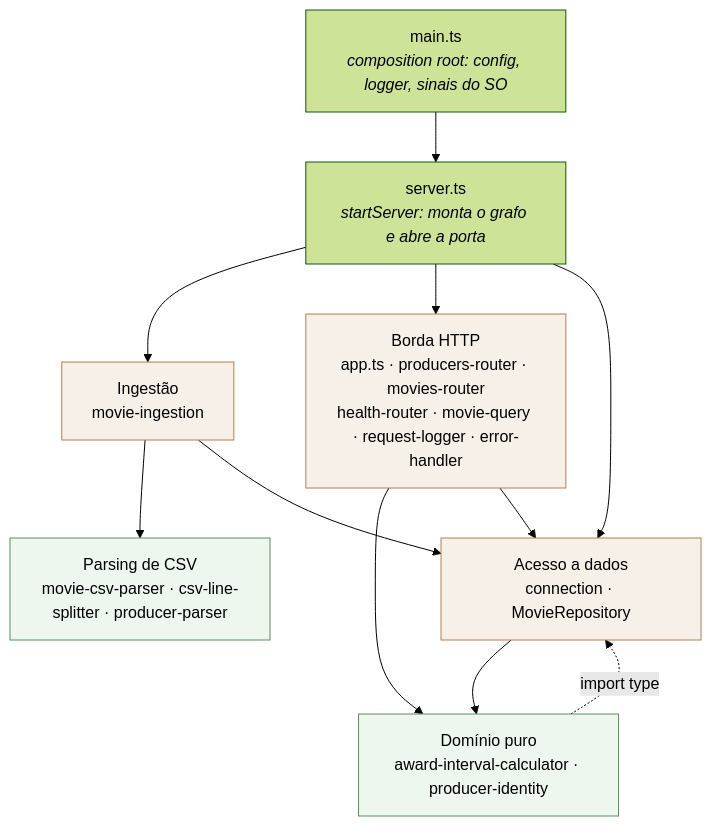
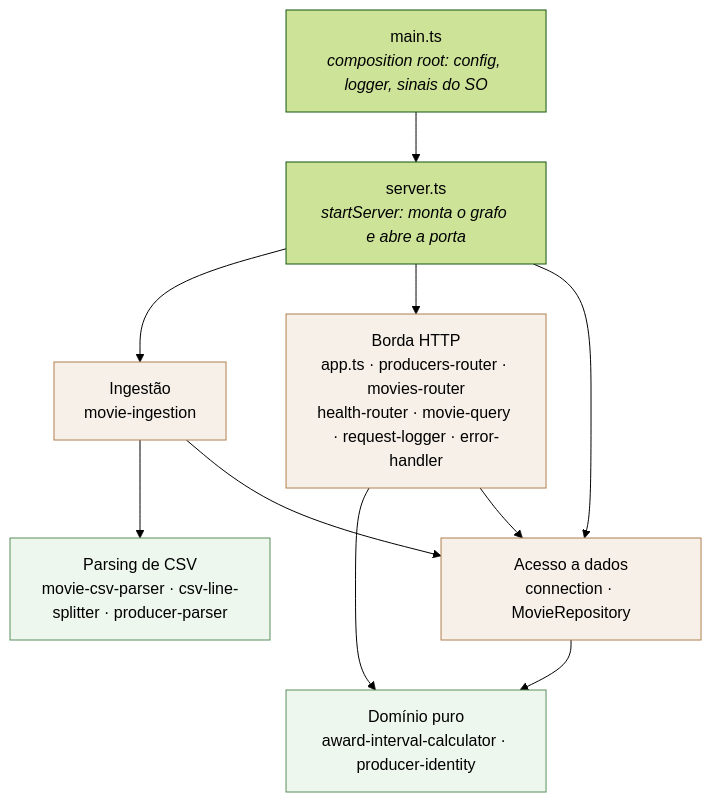
One commit to bdfdm25/golden-raspberry-api changed the first of 8 diagrams in docs/architecture.md. Above: the diagram before and after it, drawn with Mermaid (forest theme). The commit also changed other lines of this file and 2 other files, not shown here.

````diff
--- a/docs/architecture.md
+++ b/docs/architecture.md
@@ -26,26 +26,25 @@
 ```mermaid
 flowchart TD
     main["main.ts<br/><i>composition root: config, logger, sinais do SO</i>"]
     server["server.ts<br/><i>startServer: monta o grafo e abre a porta</i>"]
     http["Borda HTTP<br/>app.ts · producers-router · movies-router<br/>health-router · movie-query · request-logger · error-handler"]
     domain["Domínio puro<br/>award-interval-calculator · producer-identity"]
     ingestion["Ingestão<br/>movie-ingestion"]
     csv["Parsing de CSV<br/>movie-csv-parser · csv-line-splitter · producer-parser"]
     data["Acesso a dados<br/>connection · MovieRepository"]
 
     main --> server
     server --> ingestion
     server --> http
     server --> data
     ingestion --> csv
     ingestion --> data
     http --> domain
     http --> data
     data --> domain
-    domain -. "import type" .-> data
 
     classDef pure fill:#eef7ee,stroke:#5a8f5a
     classDef io fill:#f7f0e8,stroke:#b08050
     class domain,csv pure
     class http,ingestion,data io
 ```
````
